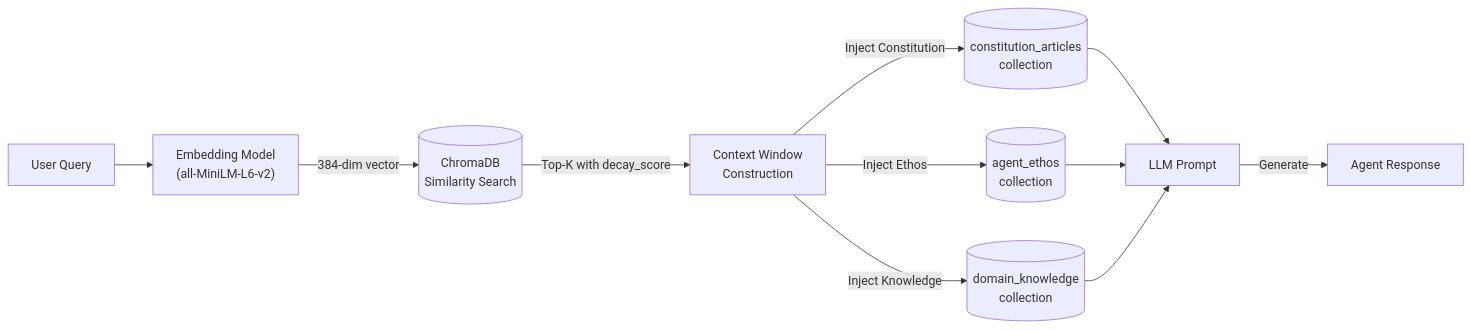
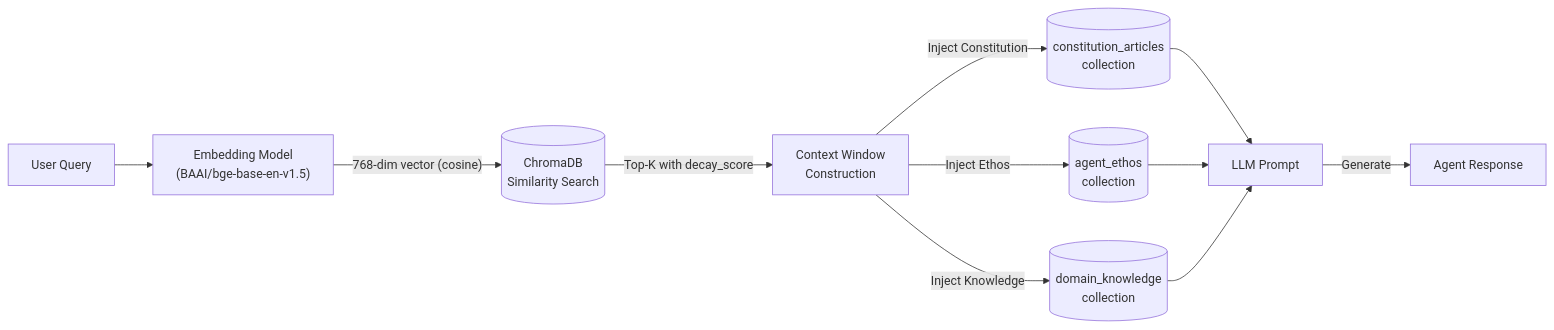
The fifth of 9 diagrams in ARCHITECTURE.md (AshminDhungana/Agentium), drawn with Mermaid before and after one commit. The commit also changed other lines of this file and 6 other files, not shown here.

First line of the commit message:
docs: update embedding model references to bge

````diff
--- a/ARCHITECTURE.md
+++ b/ARCHITECTURE.md
@@ -278,13 +278,13 @@
 ```mermaid
 flowchart LR
-    Query["User Query"] --> Embed["Embedding Model<br/>(all-MiniLM-L6-v2)"]
-    Embed -->|"384-dim vector"| Chroma[("ChromaDB<br/>Similarity Search")]
+    Query["User Query"] --> Embed["Embedding Model<br/>(BAAI/bge-base-en-v1.5)"]
+    Embed -->|"768-dim vector (cosine)"| Chroma[("ChromaDB<br/>Similarity Search")]
     Chroma -->|"Top-K with decay_score"| Context["Context Window<br/>Construction"]
     Context -->|"Inject Constitution"| Constitution[("constitution_articles<br/>collection")]
     Context -->|"Inject Ethos"| Ethos[("agent_ethos<br/>collection")]
     Context -->|"Inject Knowledge"| Knowledge[("domain_knowledge<br/>collection")]
     Constitution --> LLM["LLM Prompt"]
     Ethos --> LLM
     Knowledge --> LLM
     LLM -->|Generate| Response["Agent Response"]
 ```
````
